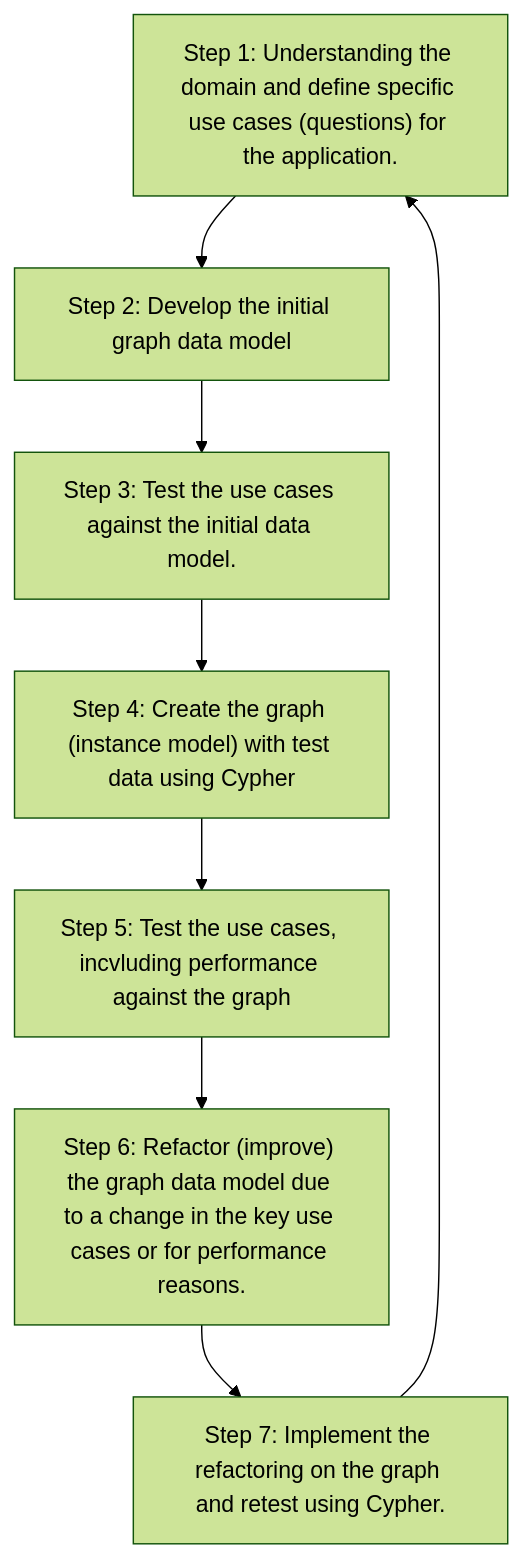
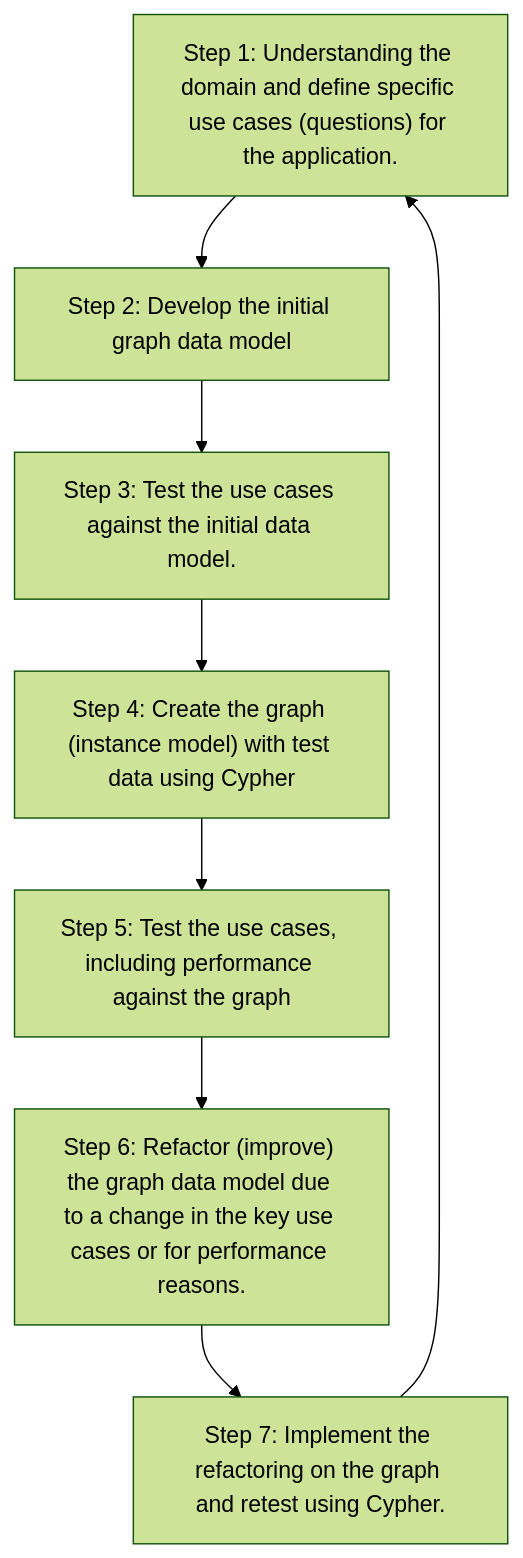
Before and after one commit to yasenstar/learn_graphdb: the first of 2 diagrams in neo4j/graph_data_modeling/README.md, drawn with Mermaid (forest theme). The commit also changed 1 other file, not shown here.

````diff
--- a/neo4j/graph_data_modeling/README.md
+++ b/neo4j/graph_data_modeling/README.md
@@ -52,11 +52,11 @@
 ```mermaid
 flowchart TD
     S1["Step 1: Understanding the domain and define specific use cases (questions) for the application."]
     S2["Step 2: Develop the initial graph data model"]
     S3["Step 3: Test the use cases against the initial data model."]
     S4["Step 4: Create the graph (instance model) with test data using Cypher"]
-    S5["Step 5: Test the use cases, incvluding performance against the graph"]
+    S5["Step 5: Test the use cases, including performance against the graph"]
     S6["Step 6: Refactor (improve) the graph data model due to a change in the key use cases or for performance reasons."]
     S7["Step 7: Implement the refactoring on the graph and retest using Cypher."]
     S1 --> S2 --> S3 --> S4 --> S5 --> S6 --> S7 --> S1
 ```
````
